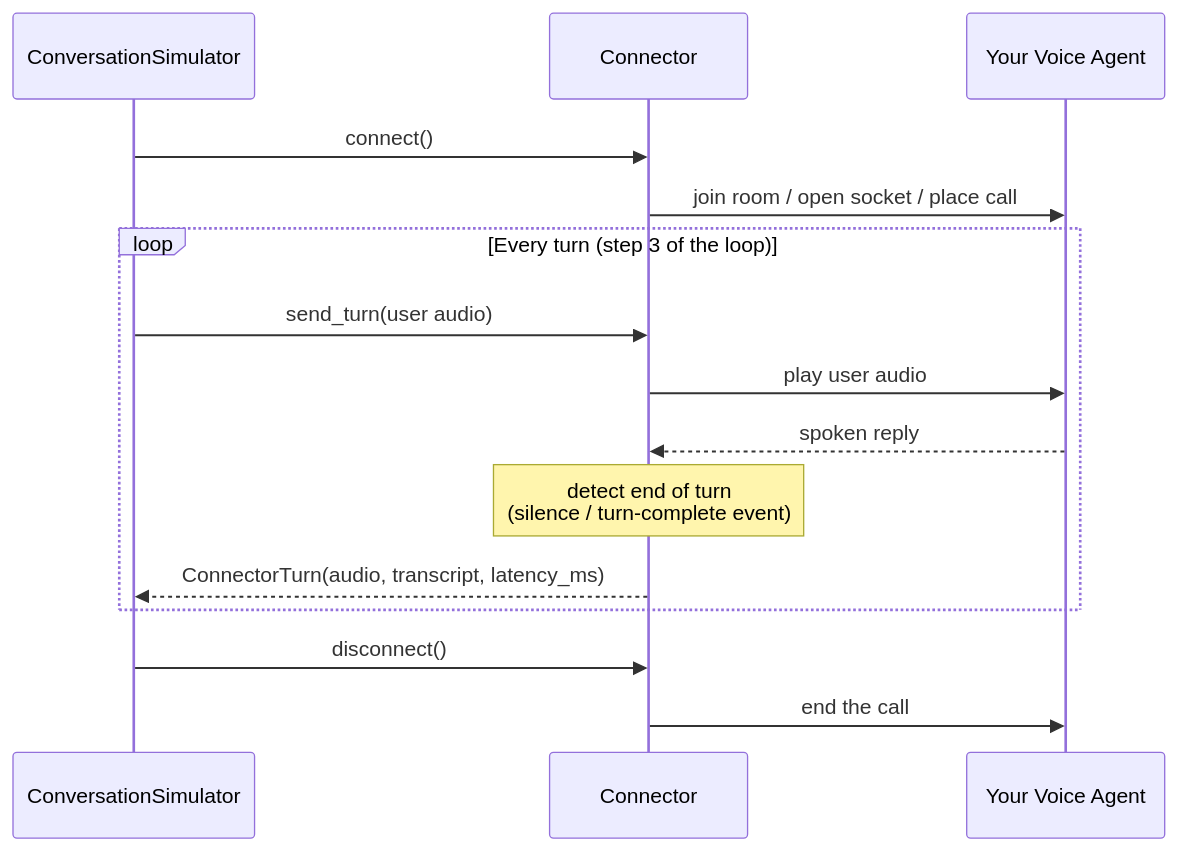
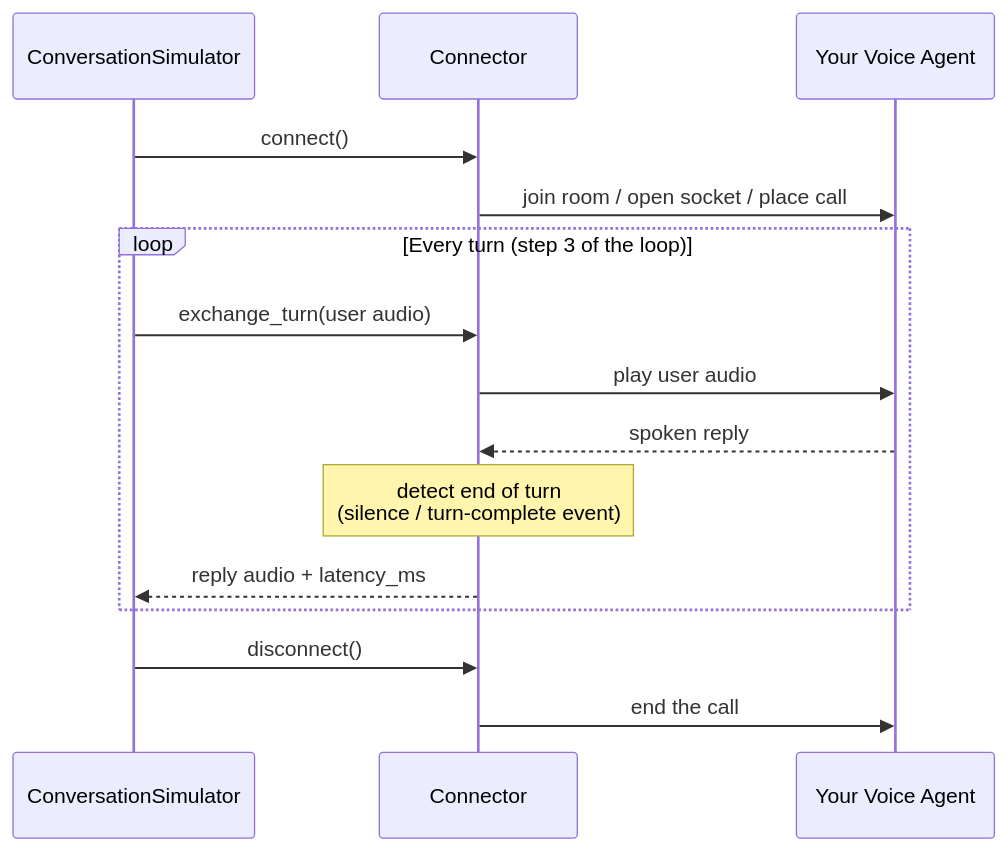
Before and after one commit to confident-ai/deepeval: the second of 2 diagrams in docs/content/docs/(concepts)/evaluation-voice.mdx, drawn with Mermaid. The commit also changed other lines of this file and 170 other files, not shown here.

````diff
--- a/docs/content/docs/(concepts)/evaluation-voice.mdx
+++ b/docs/content/docs/(concepts)/evaluation-voice.mdx
@@ -127,18 +148,18 @@
 ```mermaid
 sequenceDiagram
     participant Simulator as ConversationSimulator
     participant Connector
     participant Agent as Your Voice Agent
 
     Simulator->>Connector: connect()
     Connector->>Agent: join room / open socket / place call
     loop Every turn (step 3 of the loop)
-        Simulator->>Connector: send_turn(user audio)
+        Simulator->>Connector: exchange_turn(user audio)
         Connector->>Agent: play user audio
         Agent-->>Connector: spoken reply
         Note over Connector: detect end of turn<br/>(silence / turn-complete event)
-        Connector-->>Simulator: ConnectorTurn(audio, transcript, latency_ms)
+        Connector-->>Simulator: reply audio + latency_ms
     end
     Simulator->>Connector: disconnect()
     Connector->>Agent: end the call
 ```
````
